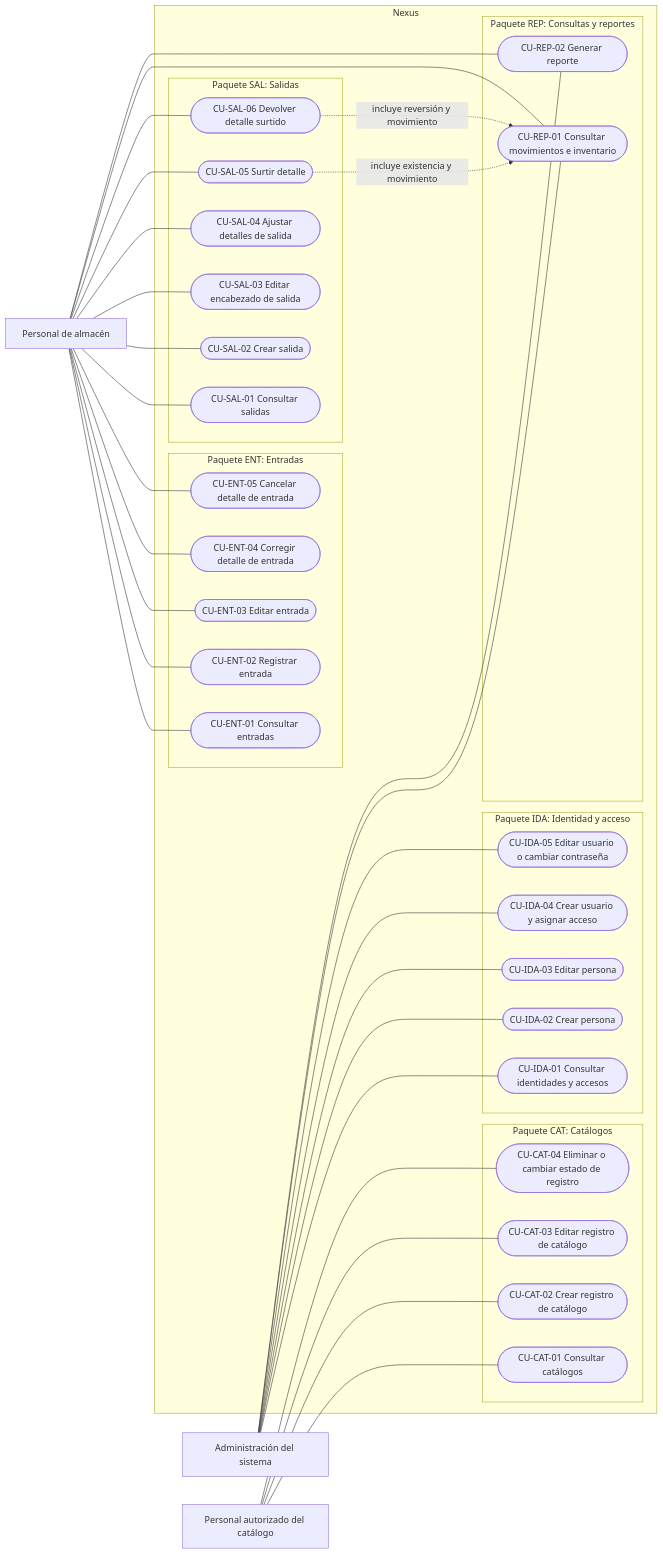
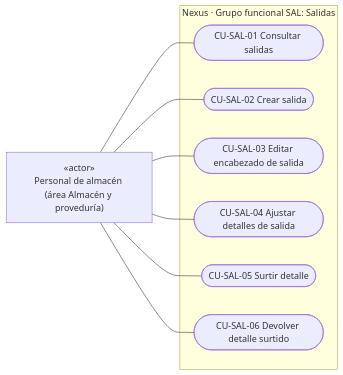
Before and after one commit to gpgsistemas01/nexus: the fifth of 7 diagrams in docs/requirements/domain-and-use-cases.md, drawn with Mermaid. The commit also changed other lines of this file and 7 other files, not shown here.

````diff
--- a/docs/requirements/domain-and-use-cases.md
+++ b/docs/requirements/domain-and-use-cases.md
@@ -74,68 +147,20 @@
 ```mermaid
 flowchart LR
-    warehouse["Personal de almacén"]
-    admin["Administración del sistema"]
-    catalogOperator["Personal autorizado del catálogo"]
+    warehouse["«actor»<br/>Personal de almacén (área Almacén y proveduría)"]
 
-    subgraph nexus["Nexus"]
-      subgraph identityPackage["Paquete IDA: Identidad y acceso"]
-        ucIdentityQuery(["CU-IDA-01 Consultar identidades y accesos"])
-        ucPersonCreate(["CU-IDA-02 Crear persona"])
-        ucPersonEdit(["CU-IDA-03 Editar persona"])
-        ucUserCreate(["CU-IDA-04 Crear usuario y asignar acceso"])
-        ucUserEdit(["CU-IDA-05 Editar usuario o cambiar contraseña"])
-      end
-      subgraph catalogPackage["Paquete CAT: Catálogos"]
-        ucCatalogQuery(["CU-CAT-01 Consultar catálogos"])
-        ucCatalogCreate(["CU-CAT-02 Crear registro de catálogo"])
-        ucCatalogEdit(["CU-CAT-03 Editar registro de catálogo"])
-        ucCatalogRemove(["CU-CAT-04 Eliminar o cambiar estado de registro"])
-      end
-      subgraph receiptPackage["Paquete ENT: Entradas"]
-        ucReceiptQuery(["CU-ENT-01 Consultar entradas"])
-        ucReceiptCreate(["CU-ENT-02 Registrar entrada"])
-        ucReceiptEdit(["CU-ENT-03 Editar entrada"])
-        ucReceiptCorrect(["CU-ENT-04 Corregir detalle de entrada"])
-        ucReceiptCancel(["CU-ENT-05 Cancelar detalle de entrada"])
-      end
-      subgraph issuePackage["Paquete SAL: Salidas"]
+    subgraph issuePackage["Nexus · Grupo funcional SAL: Salidas"]
         ucIssueQuery(["CU-SAL-01 Consultar salidas"])
         ucIssueCreate(["CU-SAL-02 Crear salida"])
         ucIssueHeader(["CU-SAL-03 Editar encabezado de salida"])
         ucIssueDetails(["CU-SAL-04 Ajustar detalles de salida"])
         ucSupply(["CU-SAL-05 Surtir detalle"])
         ucReturn(["CU-SAL-06 Devolver detalle surtido"])
-      end
-      subgraph reportPackage["Paquete REP: Consultas y reportes"]
-        ucMovements(["CU-REP-01 Consultar movimientos e inventario"])
-        ucReports(["CU-REP-02 Generar reporte"])
-      end
     end
 
-    catalogOperator --- ucCatalogQuery
-    catalogOperator --- ucCatalogCreate
-    catalogOperator --- ucCatalogEdit
-    catalogOperator --- ucCatalogRemove
-    warehouse --- ucReceiptQuery
-    warehouse --- ucReceiptCreate
-    warehouse --- ucReceiptEdit
-    warehouse --- ucReceiptCorrect
-    warehouse --- ucReceiptCancel
     warehouse --- ucIssueQuery
     warehouse --- ucIssueCreate
     warehouse --- ucIssueHeader
     warehouse --- ucIssueDetails
     warehouse --- ucSupply
     warehouse --- ucReturn
-    warehouse --- ucMovements
-    warehouse --- ucReports
-    admin --- ucIdentityQuery
-    admin --- ucPersonCreate
-    admin --- ucPersonEdit
-    admin --- ucUserCreate
-    admin --- ucUserEdit
-    admin --- ucMovements
-    admin --- ucReports
-    ucSupply -.->|incluye existencia y movimiento| ucMovements
-    ucReturn -.->|incluye reversión y movimiento| ucMovements
 ```
````
